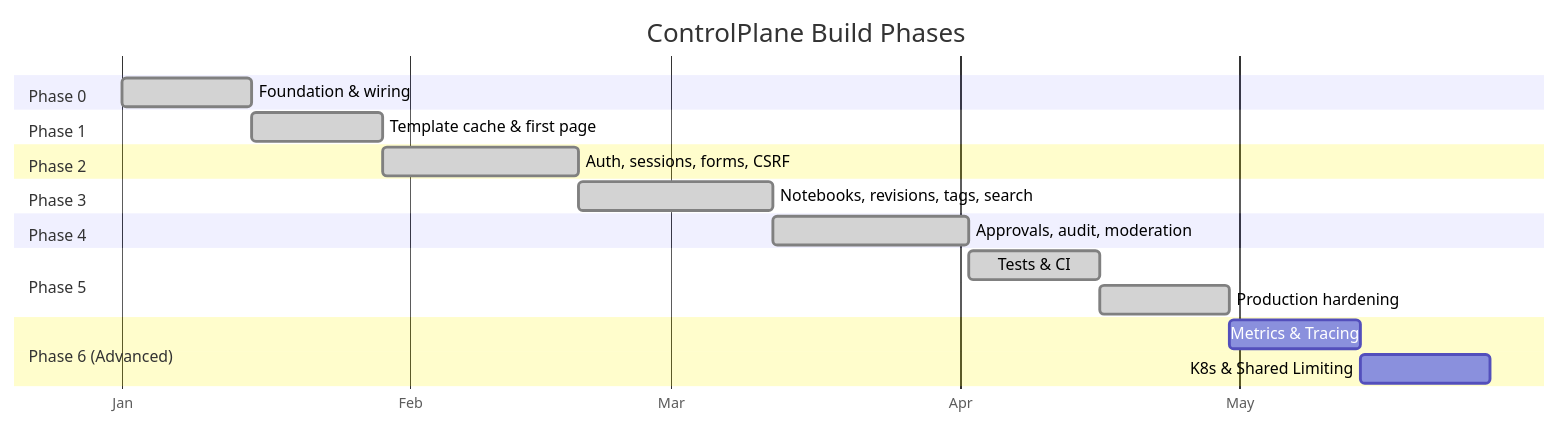
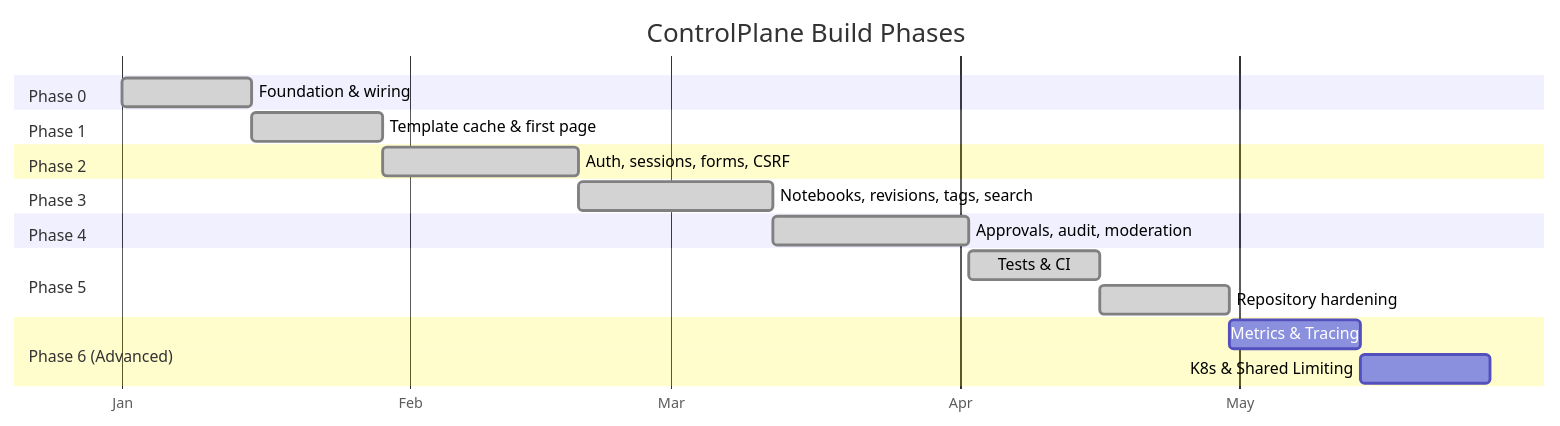
One commit to SShogun/ControlPlane changed the third of 3 diagrams in README.md. Above: the diagram before and after it, drawn with Mermaid. The commit also changed other lines of this file and 4 other files, not shown here.

Commit message:
hardening: align lifecycle, CI, and architecture claims

````diff
--- a/README.md
+++ b/README.md
@@ -578,29 +573,29 @@
 ```mermaid
 gantt
     title ControlPlane Build Phases
     dateFormat  YYYY-MM-DD
     axisFormat  %b
 
     section Phase 0
     Foundation & wiring                :done, p0, 2026-01-01, 14d
 
     section Phase 1
     Template cache & first page        :done, p1, after p0, 14d
 
     section Phase 2
     Auth, sessions, forms, CSRF        :done, p2, after p1, 21d
 
     section Phase 3
     Notebooks, revisions, tags, search :done, p3, after p2, 21d
 
     section Phase 4
     Approvals, audit, moderation       :done, p4, after p3, 21d
 
     section Phase 5
     Tests & CI                         :done, p5, after p4, 14d
-    Production hardening               :done, p5b, after p5, 14d
+    Repository hardening               :done, p5b, after p5, 14d
 
     section Phase 6 (Advanced)
     Metrics & Tracing                  :        p6a, after p5b, 14d
     K8s & Shared Limiting              :        p6b, after p6a, 14d
 ```
````
